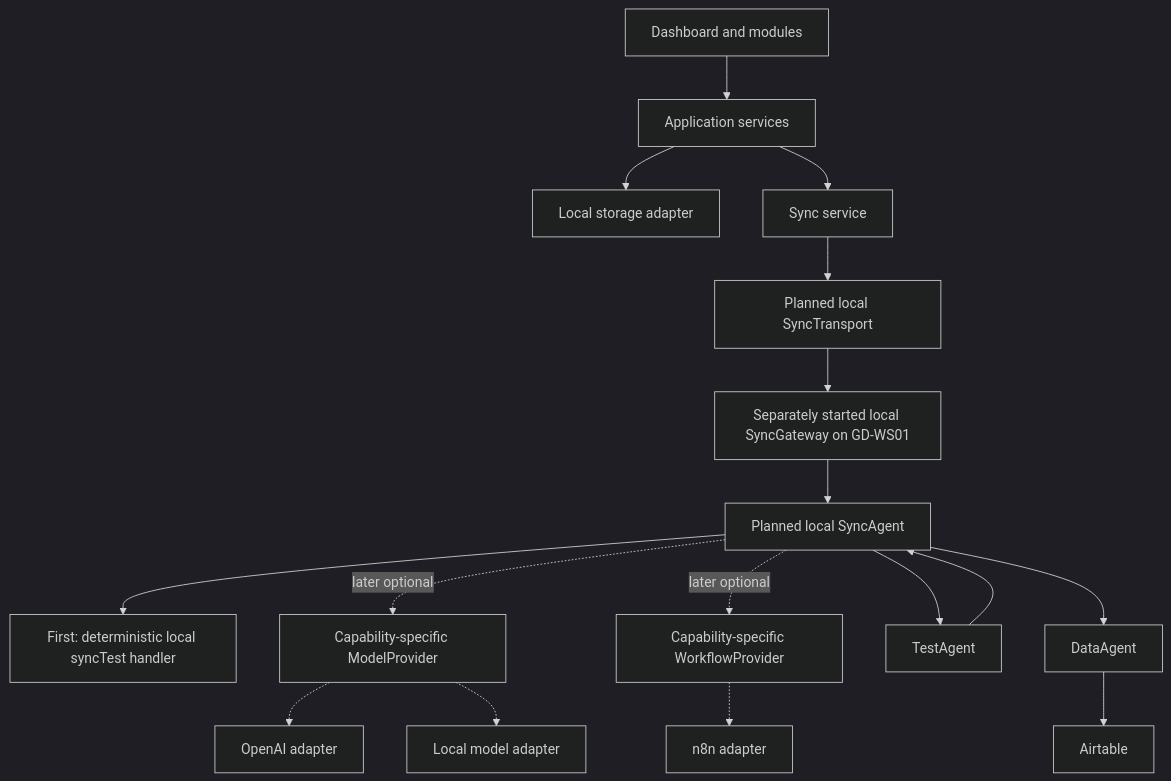
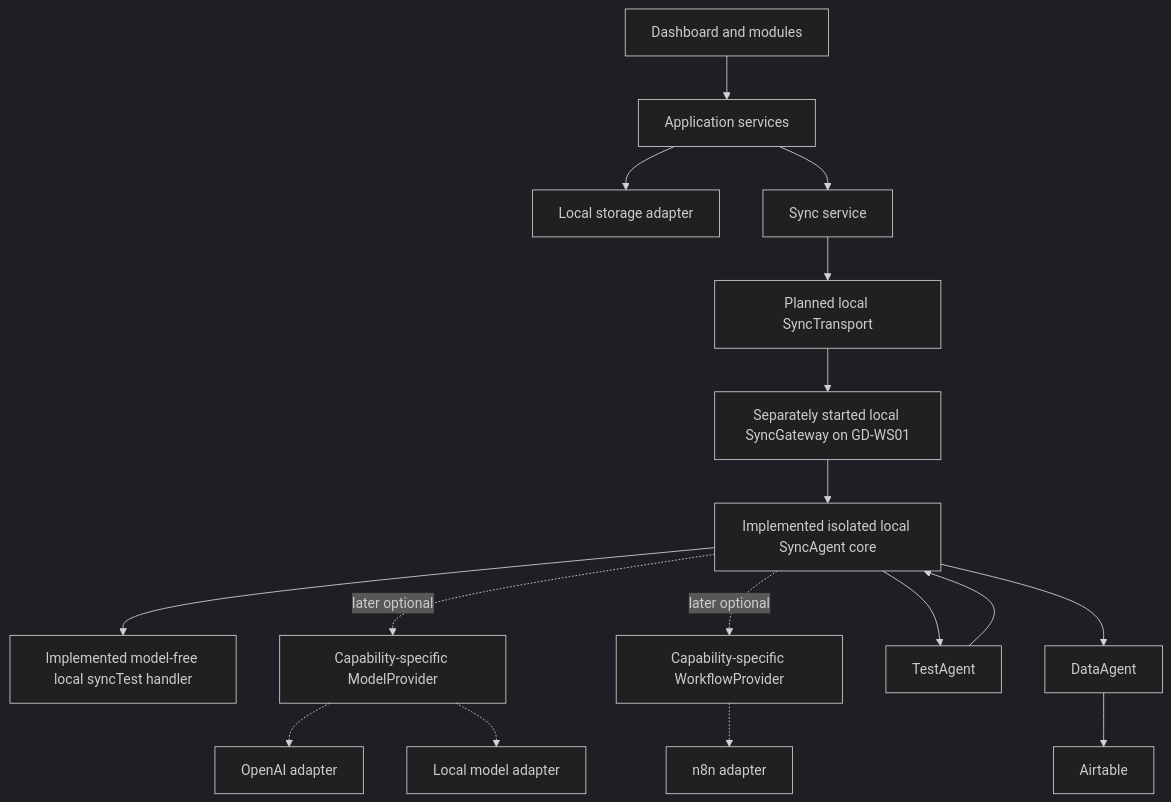
Before and after one commit to Varudan/goldendawn-os: the diagram in README.md, drawn with Mermaid (dark theme). The commit also changed other lines of this file and 12 other files, not shown here.

Commit message:
feat: local-model-free-syncagent-core-foundation (#54)

````diff
--- a/README.md
+++ b/README.md
@@ -294,19 +352,19 @@
 ```mermaid
 flowchart TD
     UI["Dashboard and modules"] --> Services["Application services"]
     Services --> Local["Local storage adapter"]
     Services --> Sync["Sync service"]
     Sync --> Transport["Planned local SyncTransport"]
     Transport --> Gateway["Separately started local SyncGateway on GD-WS01"]
-    Gateway --> Agent["Planned local SyncAgent"]
-    Agent --> Handler["First: deterministic local syncTest handler"]
+    Gateway --> Agent["Implemented isolated local SyncAgent core"]
+    Agent --> Handler["Implemented model-free local syncTest handler"]
     Agent -.->|later optional| Model["Capability-specific ModelProvider"]
     Model -.-> OpenAI["OpenAI adapter"]
     Model -.-> LocalModel["Local model adapter"]
     Agent -.->|later optional| Workflow["Capability-specific WorkflowProvider"]
     Workflow -.-> N8n["n8n adapter"]
     Agent --> Test["TestAgent"]
     Agent --> Data["DataAgent"]
     Test --> Agent
     Data --> Airtable["Airtable"]
 ```
````
